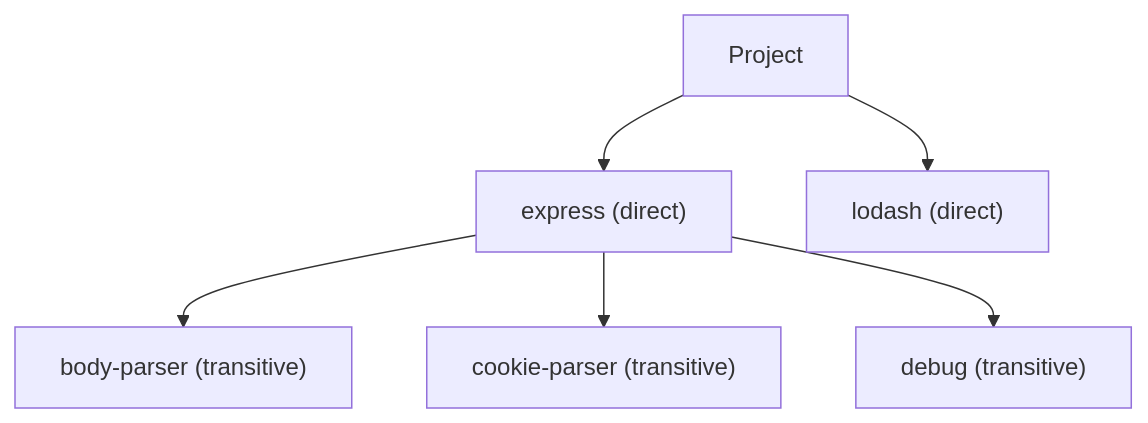
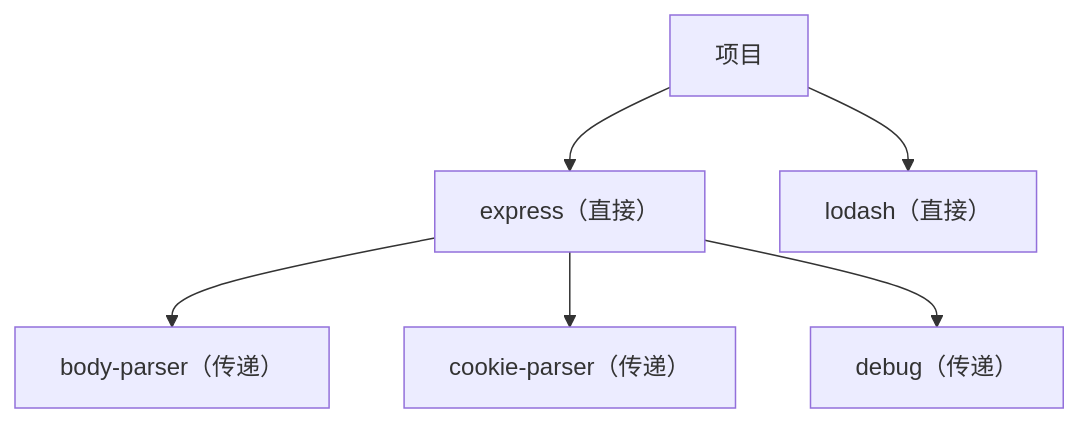
The first of 4 diagrams in references/architecture/dependency-analysis.md (Kirky-X/diting), drawn with Mermaid before and after one commit. The commit also changed other lines of this file and 74 other files, not shown here.

````diff
--- a/references/architecture/dependency-analysis.md
+++ b/references/architecture/dependency-analysis.md
@@ -13,9 +13,9 @@
 ```mermaid
 flowchart TD
-    Project["Project"]
-    Project --> Express["express (direct)"]
-    Project --> Lodash["lodash (direct)"]
-    Express --> BP["body-parser (transitive)"]
-    Express --> CP["cookie-parser (transitive)"]
-    Express --> DBG["debug (transitive)"]
+    Project["项目"]
+    Project --> Express["express（直接）"]
+    Project --> Lodash["lodash（直接）"]
+    Express --> BP["body-parser（传递）"]
+    Express --> CP["cookie-parser（传递）"]
+    Express --> DBG["debug（传递）"]
 ```
````
